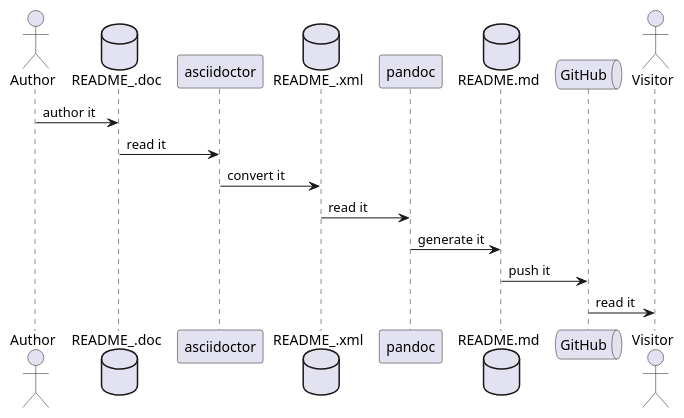
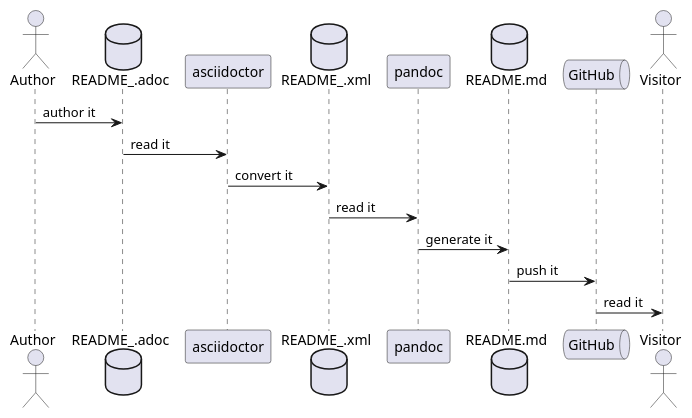
The diagram in docs/puml/sequence.pu (kazurayam/Asciidoc_to_README_in_Markdown), drawn with PlantUML before and after one commit. The commit also changed other lines of this file and 1 other file, not shown here.

Commit message:
renewed the sequence.png

```diff
--- a/docs/puml/sequence.pu
+++ b/docs/puml/sequence.pu
@@ -1,17 +1,17 @@
 @startuml
-actor       Author      as author
-database    README_.doc as adoc
-participant asciidoctor as adoctor
-database    README_.xml as docbook
-participant pandoc      as pandoc
-database    README.md   as md
-queue       GitHub      as gh
-actor       Visitor     as visitor
+actor       Author       as author
+database    README_.adoc as adoc
+participant asciidoctor  as adoctor
+database    README_.xml  as docbook
+participant pandoc       as pandoc
+database    README.md    as md
+queue       GitHub       as gh
+actor       Visitor      as visitor
 author  -> adoc     : author it
 adoc    -> adoctor  : read it
 adoctor -> docbook  : convert it
 docbook -> pandoc   : read it
 pandoc  -> md       : generate it
 md      -> gh       : push it
 gh      -> visitor  : read it
 @enduml
```
